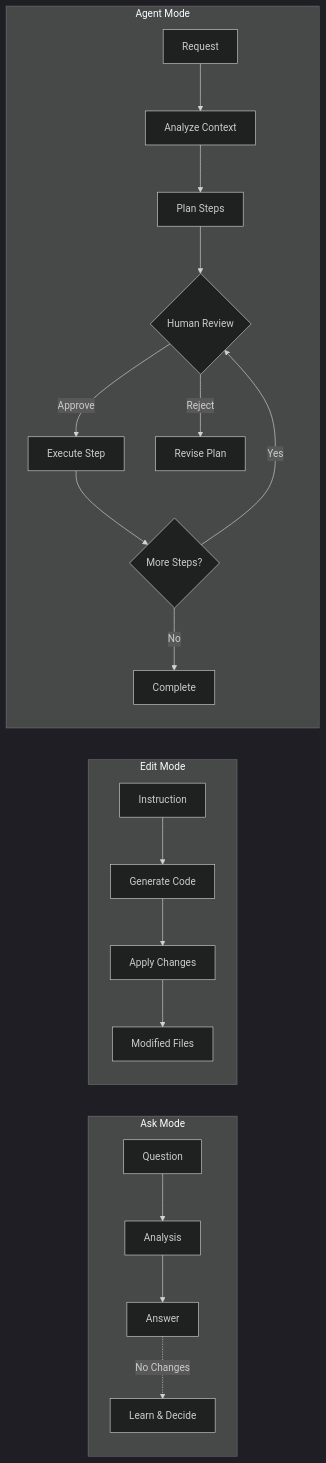
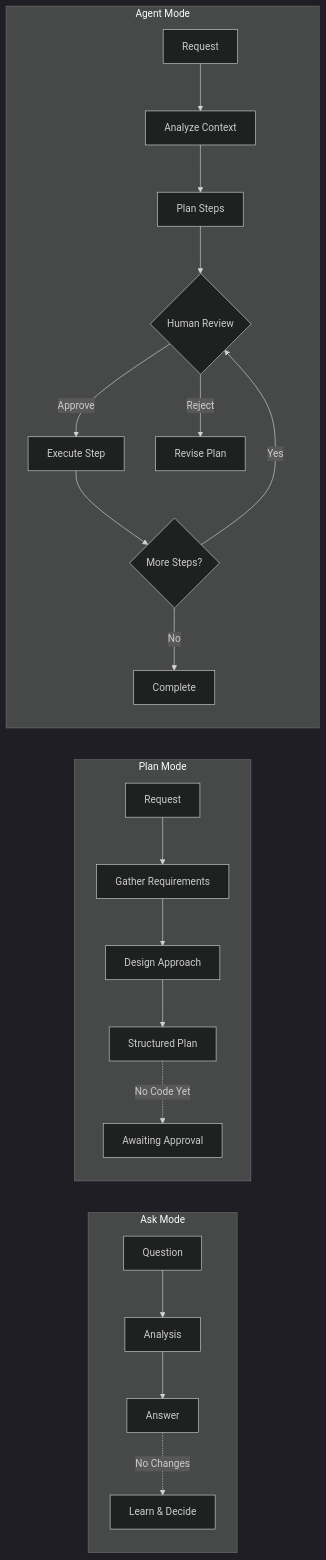
One commit to centricconsulting/ai-coding-workshop changed the second of 6 diagrams in docs/design/diagrams/copilot-interaction-models.md. Above: the diagram before and after it, drawn with Mermaid (dark theme). The commit also changed other lines of this file and 15 other files, not shown here.

First line of the commit message:
docs: replace Edit mode with Plan mode across all workshop content

````diff
--- a/docs/design/diagrams/copilot-interaction-models.md
+++ b/docs/design/diagrams/copilot-interaction-models.md
@@ -26,25 +26,26 @@
 ```mermaid
 graph LR
     subgraph "Ask Mode"
         A1[Question] --> A2[Analysis]
         A2 --> A3[Answer]
         A3 -.No Changes.-> A4[Learn & Decide]
     end
     
-    subgraph "Edit Mode"
-        E1[Instruction] --> E2[Generate Code]
-        E2 --> E3[Apply Changes]
-        E3 --> E4[Modified Files]
+    subgraph "Plan Mode"
+        P1[Request] --> P2[Gather Requirements]
+        P2 --> P3[Design Approach]
+        P3 --> P4[Structured Plan]
+        P4 -.No Code Yet.-> P5[Awaiting Approval]
     end
     
     subgraph "Agent Mode"
         G1[Request] --> G2[Analyze Context]
         G2 --> G3[Plan Steps]
         G3 --> G4{Human Review}
         G4 -->|Approve| G5[Execute Step]
         G4 -->|Reject| G6[Revise Plan]
         G5 --> G7{More Steps?}
         G7 -->|Yes| G4
         G7 -->|No| G8[Complete]
     end
 ```
````
